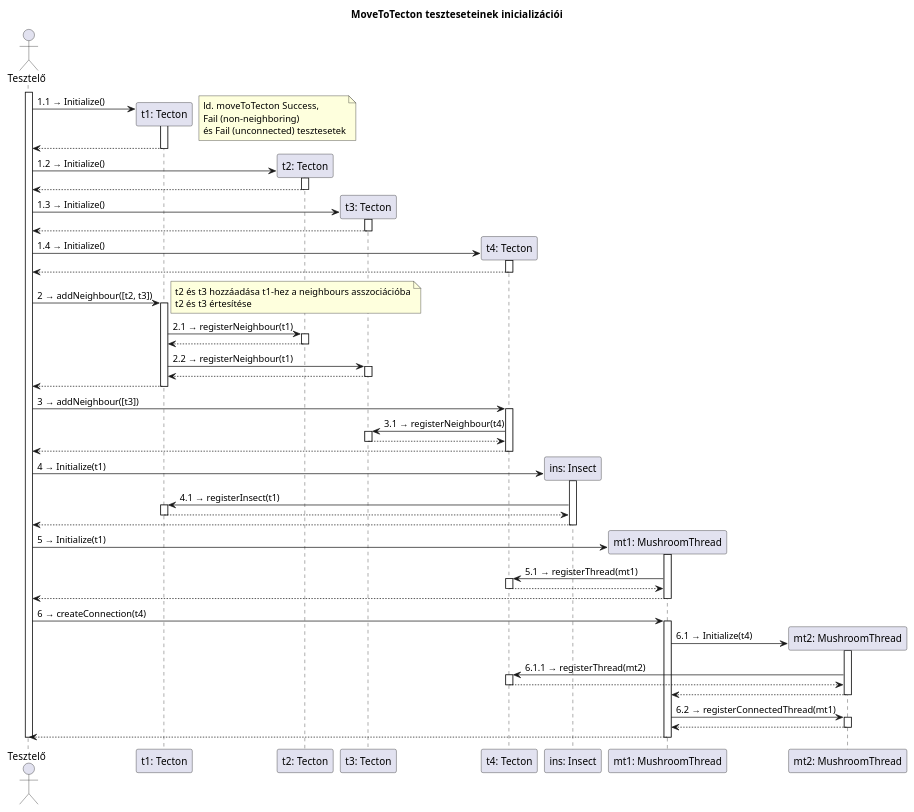
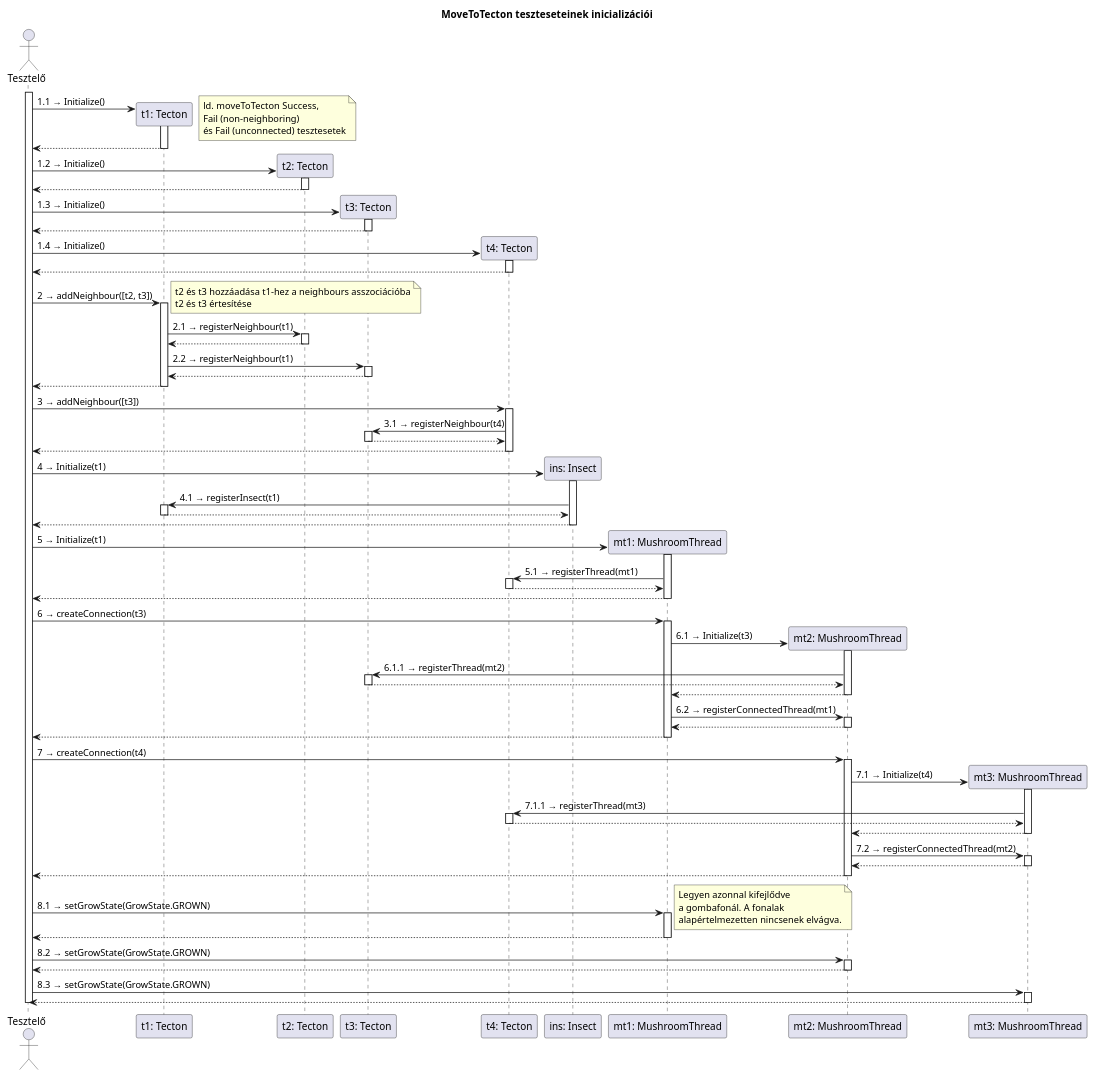
The diagram in diagrams/communication/moveToTecton1.plantuml (dzsem/projlab), drawn with PlantUML before and after one commit. The commit also changed 2 other files, not shown here.

Commit message:
Update moveToTecton communication diagrams

```diff
--- a/diagrams/communication/moveToTecton1.plantuml
+++ b/diagrams/communication/moveToTecton1.plantuml
@@ -1,121 +1,163 @@
 @startuml moveToTectonInitFlow
 
 title MoveToTecton teszteseteinek inicializációi
 
 actor Tesztelő as tester
 
 activate tester
 
 create participant "t1: Tecton" as t1
 tester -> t1: 1.1 → Initialize()
 note right: ld. moveToTecton Success,\nFail (non-neighboring)\nés Fail (unconnected) tesztesetek
 activate t1
 
 tester <-- t1
 deactivate t1
 
 create participant "t2: Tecton" as t2
 tester -> t2: 1.2 → Initialize()
 activate t2
 
 tester <-- t2
 deactivate t2
 
 create participant "t3: Tecton" as t3
 tester -> t3: 1.3 → Initialize()
 activate t3
 
 tester <-- t3
 deactivate t3
 
 create participant "t4: Tecton" as t4
 tester -> t4: 1.4 → Initialize()
 activate t4
 
 tester <-- t4
 deactivate t4
 
 tester -> t1: 2 → addNeighbour([t2, t3])
 note right: t2 és t3 hozzáadása t1-hez a neighbours asszociációba\nt2 és t3 értesítése
 activate t1
 
 	t1 -> t2: 2.1 → registerNeighbour(t1)
 	activate t2
 
 	t1 <-- t2
 	deactivate t2
 
 	t1 -> t3: 2.2 → registerNeighbour(t1)
 	activate t3
 
 	t1 <-- t3
 	deactivate t3
 
 tester <-- t1
 deactivate t1
 
 
 tester -> t4: 3 → addNeighbour([t3])
 activate t4
 
 	t4 -> t3: 3.1 → registerNeighbour(t4)
 	activate t3
 
 	t4 <-- t3
 	deactivate t3
 
 tester <-- t4
 deactivate t4
 
 create participant "ins: Insect" as ins
 tester -> ins: 4 → Initialize(t1)
 activate ins
 
 	ins -> t1: 4.1 → registerInsect(t1)
 	activate t1
 
 	ins <-- t1
 	deactivate t1
 
 tester <-- ins
 deactivate ins
 
 create participant "mt1: MushroomThread" as mt1
 tester -> mt1: 5 → Initialize(t1)
 activate mt1
 
 	mt1 -> t4: 5.1 → registerThread(mt1)
 	activate t4
 
 	mt1 <-- t4
 	deactivate t4
 
 tester <-- mt1
 deactivate mt1
 
-tester -> mt1: 6 → createConnection(t4)
+tester -> mt1: 6 → createConnection(t3)
 activate mt1
 	create participant "mt2: MushroomThread" as mt2
-	mt1 -> mt2: 6.1 → Initialize(t4)
+	mt1 -> mt2: 6.1 → Initialize(t3)
 	activate mt2
 
-		mt2 -> t4: 6.1.1 → registerThread(mt2)
-		activate t4
+		mt2 -> t3: 6.1.1 → registerThread(mt2)
+		activate t3
 
-		mt2 <-- t4
-		deactivate t4
+		mt2 <-- t3
+		deactivate t3
 
 	mt1 <-- mt2
 	deactivate mt2
 
 	mt1 -> mt2: 6.2 → registerConnectedThread(mt1)
 	activate mt2
 
 	mt1 <-- mt2
 	deactivate mt2
 tester <-- mt1
 deactivate mt1
 
+tester -> mt2: 7 → createConnection(t4)
+activate mt2
+	create participant "mt3: MushroomThread" as mt3
+	mt2 -> mt3: 7.1 → Initialize(t4)
+	activate mt3
+
+		mt3 -> t4: 7.1.1 → registerThread(mt3)
+		activate t4
+
+		mt3 <-- t4
+		deactivate t4
+
+	mt2 <-- mt3
+	deactivate mt3
+
+	mt2 -> mt3: 7.2 → registerConnectedThread(mt2)
+	activate mt3
+
+	mt2 <-- mt3
+	deactivate mt3
+tester <-- mt2
+deactivate mt2
+
+tester -> mt1: 8.1 → setGrowState(GrowState.GROWN)
+activate mt1
+note right: Legyen azonnal kifejlődve\na gombafonál. A fonalak\nalapértelmezetten nincsenek elvágva.
+
+tester <-- mt1
+deactivate mt1
+
+tester -> mt2: 8.2 → setGrowState(GrowState.GROWN)
+activate mt2
+
+tester <-- mt2
+deactivate mt2
+
+tester -> mt3: 8.3 → setGrowState(GrowState.GROWN)
+activate mt3
+
+tester <-- mt3
+deactivate mt3
+
 deactivate tester
 
 @enduml
```
